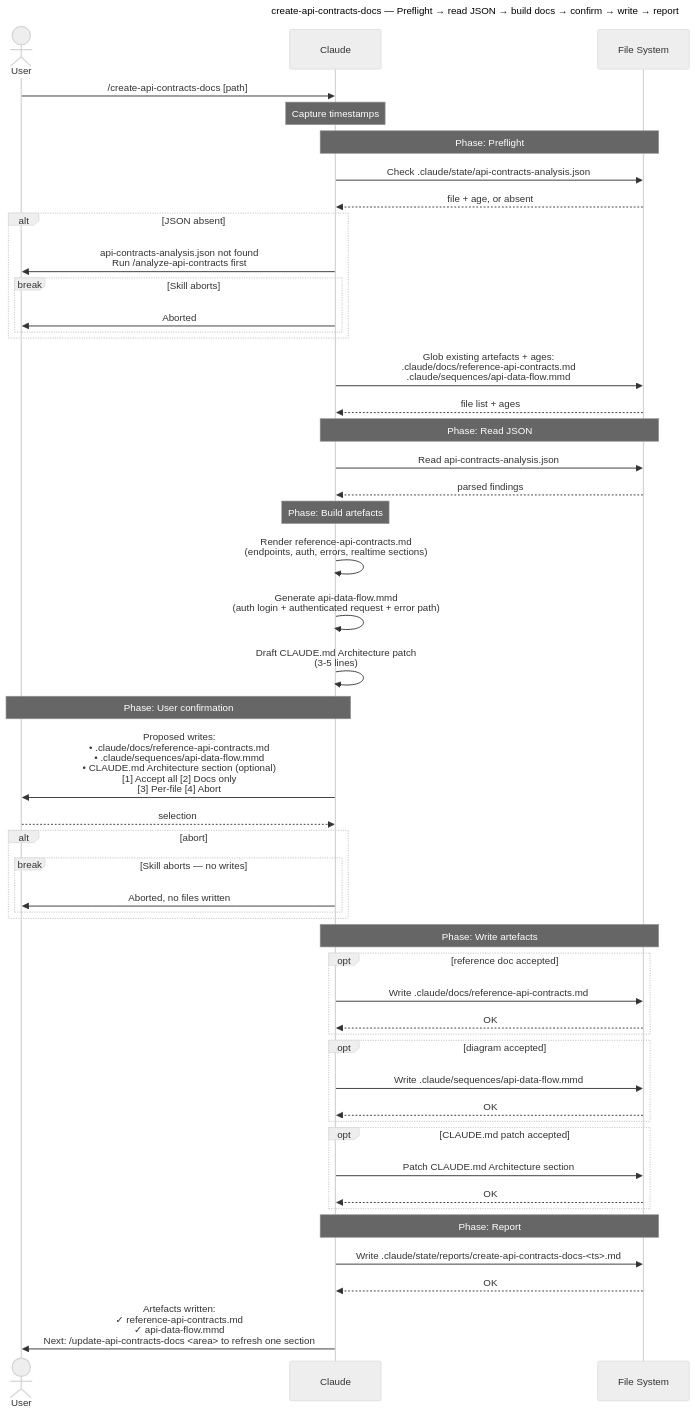
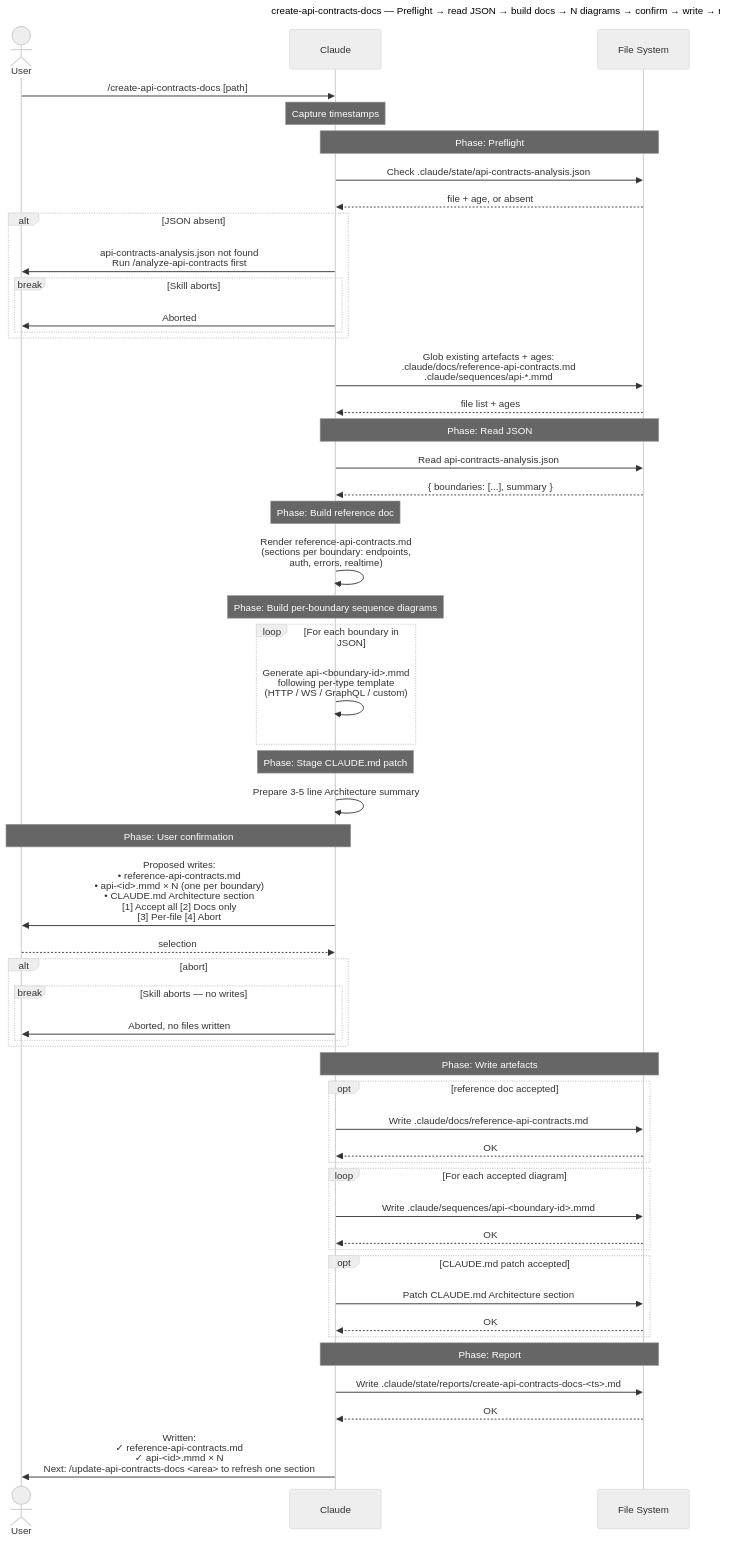
One commit to max200pl/claude-docs-creator-plugin changed the diagram in sequences/create-api-contracts-docs.mmd. Above: the diagram before and after it, drawn with Mermaid. The commit also changed 5 other files, not shown here.

First line of the commit message:
Sync from private @ 3e21b22: fix: make update-api-contracts-docs accept any doc name or boundary ID

```diff
--- a/sequences/create-api-contracts-docs.mmd
+++ b/sequences/create-api-contracts-docs.mmd
@@ -1,61 +1,67 @@
 ---
-title: "create-api-contracts-docs — Preflight → read JSON → build docs → confirm → write → report"
+title: "create-api-contracts-docs — Preflight → read JSON → build docs → N diagrams → confirm → write → report"
 ---
 %%{init: {'theme': 'neutral'}}%%
 sequenceDiagram
     actor User
     participant Claude
     participant FS as File System
 
     User->>Claude: /create-api-contracts-docs [path]
 
     note over Claude: Capture timestamps
 
     note over Claude,FS: Phase: Preflight
     Claude->>FS: Check .claude/state/api-contracts-analysis.json
     FS-->>Claude: file + age, or absent
     alt JSON absent
         Claude->>User: api-contracts-analysis.json not found<br/>Run /analyze-api-contracts first
         break Skill aborts
             Claude->>User: Aborted
         end
     end
-    Claude->>FS: Glob existing artefacts + ages:<br/>.claude/docs/reference-api-contracts.md<br/>.claude/sequences/api-data-flow.mmd
+    Claude->>FS: Glob existing artefacts + ages:<br/>.claude/docs/reference-api-contracts.md<br/>.claude/sequences/api-*.mmd
     FS-->>Claude: file list + ages
 
     note over Claude,FS: Phase: Read JSON
     Claude->>FS: Read api-contracts-analysis.json
-    FS-->>Claude: parsed findings
+    FS-->>Claude: { boundaries: [...], summary }
 
-    note over Claude: Phase: Build artefacts
-    Claude->>Claude: Render reference-api-contracts.md<br/>(endpoints, auth, errors, realtime sections)
-    Claude->>Claude: Generate api-data-flow.mmd<br/>(auth login + authenticated request + error path)
-    Claude->>Claude: Draft CLAUDE.md Architecture patch<br/>(3-5 lines)
+    note over Claude: Phase: Build reference doc
+    Claude->>Claude: Render reference-api-contracts.md<br/>(sections per boundary: endpoints,<br/>auth, errors, realtime)
+
+    note over Claude: Phase: Build per-boundary sequence diagrams
+    loop For each boundary in JSON
+        Claude->>Claude: Generate api-<boundary-id>.mmd<br/>following per-type template<br/>(HTTP / WS / GraphQL / custom)
+    end
+
+    note over Claude: Phase: Stage CLAUDE.md patch
+    Claude->>Claude: Prepare 3-5 line Architecture summary
 
     note over Claude,User: Phase: User confirmation
-    Claude->>User: Proposed writes:<br/>• .claude/docs/reference-api-contracts.md<br/>• .claude/sequences/api-data-flow.mmd<br/>• CLAUDE.md Architecture section (optional)<br/>[1] Accept all [2] Docs only<br/>[3] Per-file [4] Abort
+    Claude->>User: Proposed writes:<br/>• reference-api-contracts.md<br/>• api-<id>.mmd × N (one per boundary)<br/>• CLAUDE.md Architecture section<br/>[1] Accept all [2] Docs only<br/>[3] Per-file [4] Abort
     User-->>Claude: selection
     alt abort
         break Skill aborts — no writes
             Claude->>User: Aborted, no files written
         end
     end
 
     note over Claude,FS: Phase: Write artefacts
     opt reference doc accepted
         Claude->>FS: Write .claude/docs/reference-api-contracts.md
         FS-->>Claude: OK
     end
-    opt diagram accepted
-        Claude->>FS: Write .claude/sequences/api-data-flow.mmd
+    loop For each accepted diagram
+        Claude->>FS: Write .claude/sequences/api-<boundary-id>.mmd
         FS-->>Claude: OK
     end
     opt CLAUDE.md patch accepted
         Claude->>FS: Patch CLAUDE.md Architecture section
         FS-->>Claude: OK
     end
 
     note over Claude,FS: Phase: Report
     Claude->>FS: Write .claude/state/reports/create-api-contracts-docs-<ts>.md
     FS-->>Claude: OK
-    Claude->>User: Artefacts written:<br/>✓ reference-api-contracts.md<br/>✓ api-data-flow.mmd<br/>Next: /update-api-contracts-docs <area> to refresh one section
+    Claude->>User: Written:<br/>✓ reference-api-contracts.md<br/>✓ api-<id>.mmd × N<br/>Next: /update-api-contracts-docs <area> to refresh one section
```
